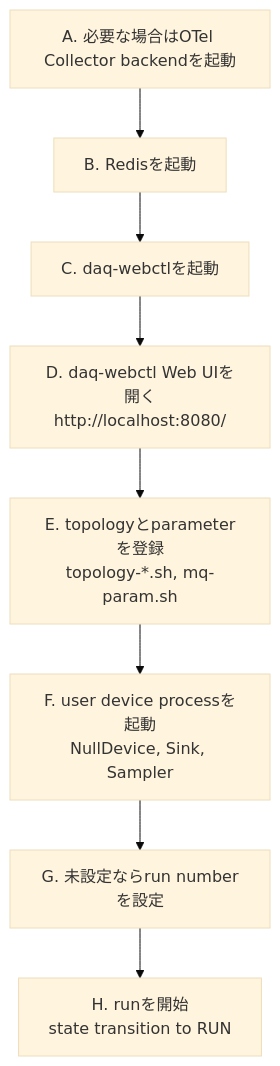
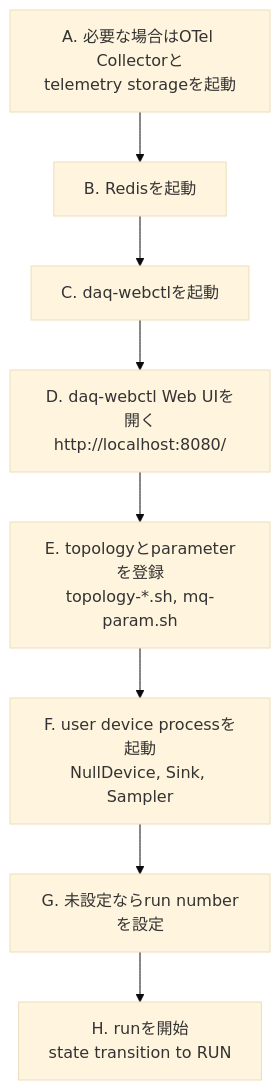
The first of 2 diagrams in examples/README.ja.md (tntakahashi/nestdaq), drawn with Mermaid (base theme) before and after one commit. The commit also changed other lines of this file and 1 other file, not shown here.

````diff
--- a/examples/README.ja.md
+++ b/examples/README.ja.md
@@ -67,14 +67,14 @@
 ```mermaid
 flowchart TD
-  Otel[A. 必要な場合はOTel Collector backendを起動]
+  Otel[A. 必要な場合はOTel Collectorと<br/>telemetry storageを起動]
   Redis[B. Redisを起動]
   WebCtl[C. daq-webctlを起動]
   Browser[D. daq-webctl Web UIを開く<br/>http://localhost:8080/]
   Config[E. topologyとparameterを登録<br/>topology-*.sh, mq-param.sh]
   UserDevices[F. user device processを起動<br/>NullDevice, Sink, Sampler]
   RunNumber[G. 未設定ならrun numberを設定]
   StartRun[H. runを開始<br/>state transition to RUN]
 
   Otel --> Redis --> WebCtl --> Browser --> Config --> UserDevices --> RunNumber
   RunNumber --> StartRun
 ```
````
